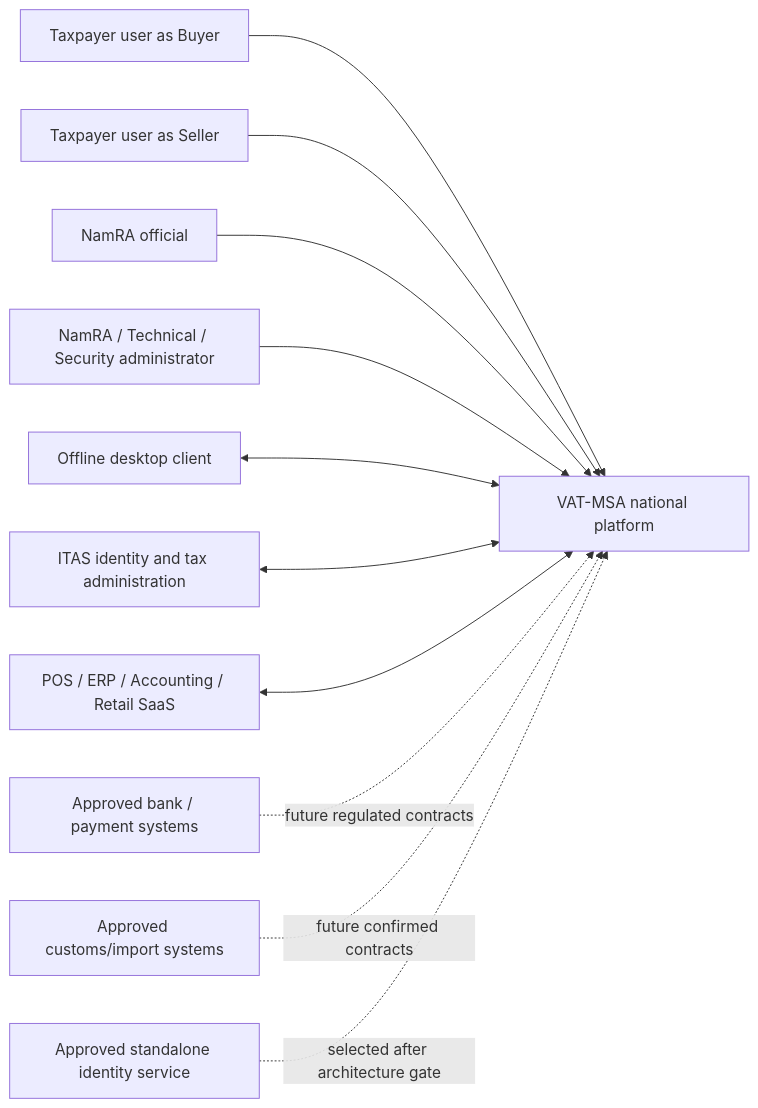
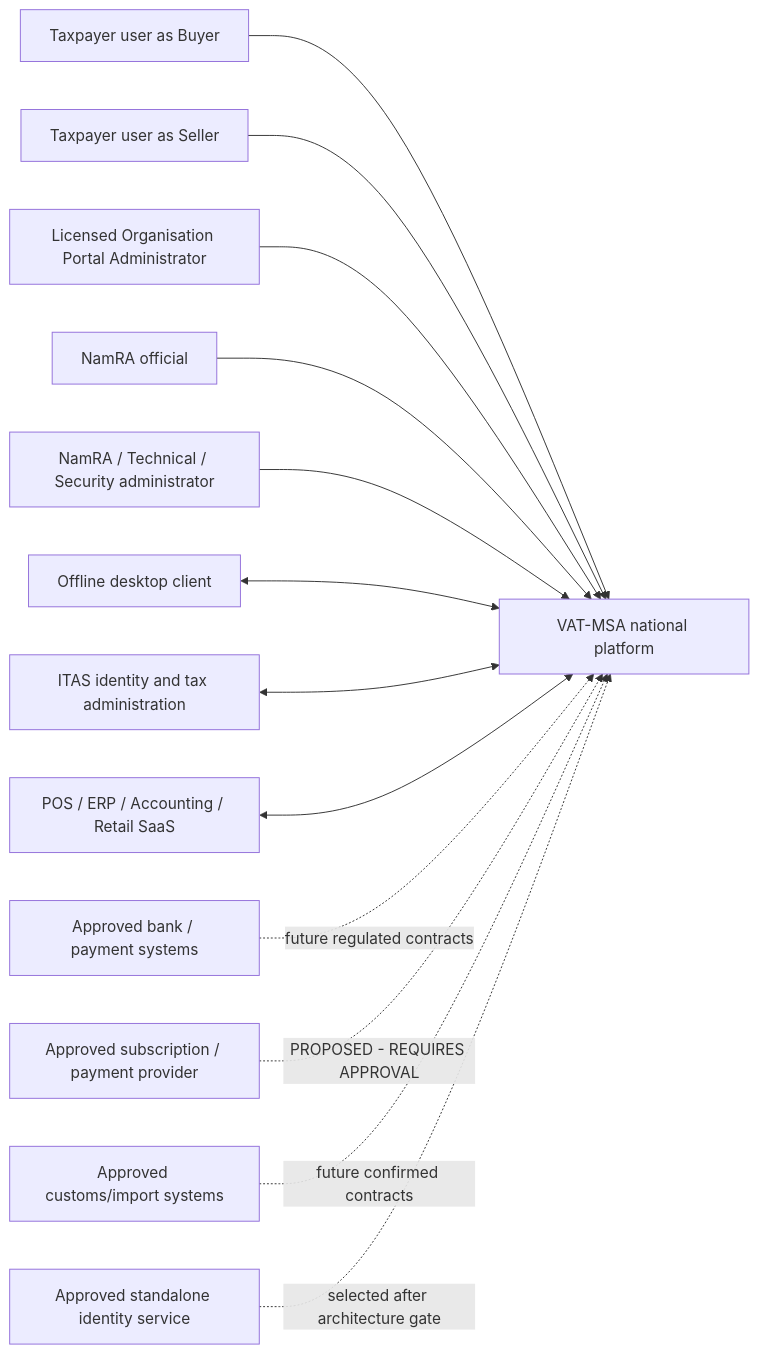
One commit to pigeonpreception-coder/VAT---MSA changed the diagram in 08-enterprise-architecture/diagrams/c4-level-1-context.mmd. Above: the diagram before and after it, drawn with Mermaid. The commit also changed 40 other files, not shown here.

Commit message:
docs: extend workspace licensing and workflow architecture

```diff
--- a/08-enterprise-architecture/diagrams/c4-level-1-context.mmd
+++ b/08-enterprise-architecture/diagrams/c4-level-1-context.mmd
@@ -1,11 +1,13 @@
 flowchart LR
   BUYER["Taxpayer user as Buyer"] --> VATMSA["VAT-MSA national platform"]
   SELLER["Taxpayer user as Seller"] --> VATMSA
+  ORGADMIN["Licensed Organisation Portal Administrator"] --> VATMSA
   NAMRA["NamRA official"] --> VATMSA
   ADMIN["NamRA / Technical / Security administrator"] --> VATMSA
   DESKTOP["Offline desktop client"] <--> VATMSA
   ITAS["ITAS identity and tax administration"] <--> VATMSA
   SAAS["POS / ERP / Accounting / Retail SaaS"] <--> VATMSA
   BANK["Approved bank / payment systems"] -. "future regulated contracts" .-> VATMSA
+  SUBSCRIPTION["Approved subscription / payment provider"] -. "PROPOSED - REQUIRES APPROVAL" .-> VATMSA
   CUSTOMS["Approved customs/import systems"] -. "future confirmed contracts" .-> VATMSA
   IDP["Approved standalone identity service"] -. "selected after architecture gate" .-> VATMSA
```
